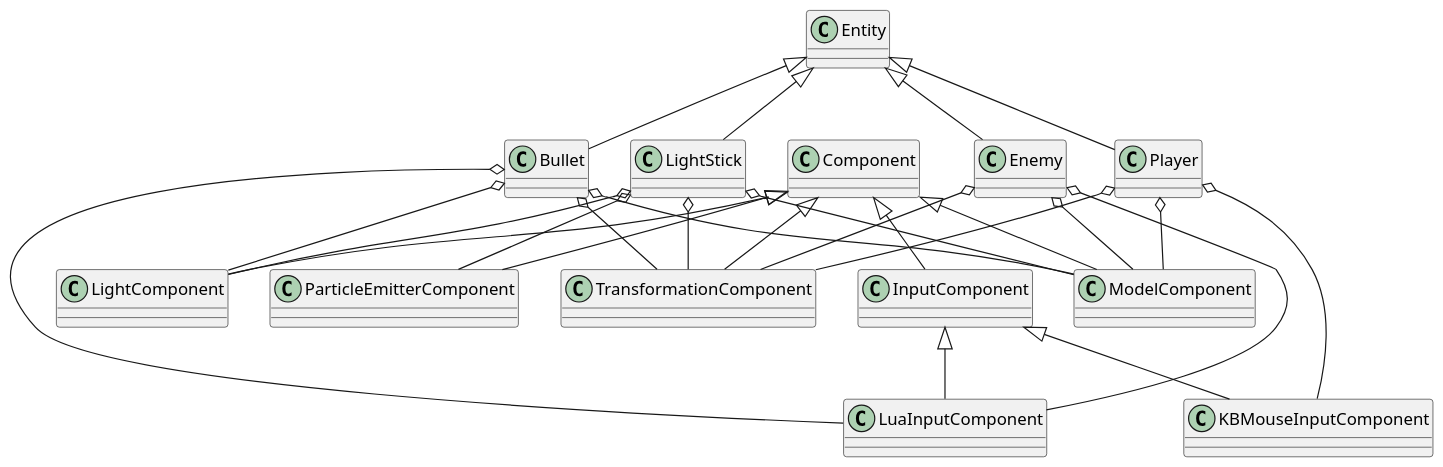
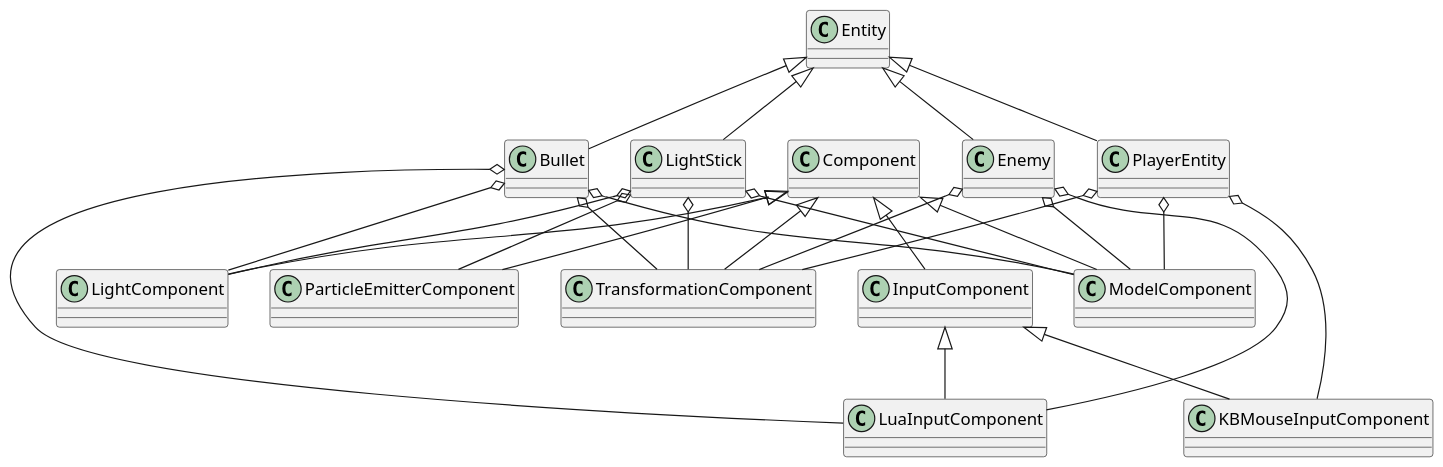
Before and after one commit to Vild/TrigonOverthrow: the diagram in docs/EntityMap.org, drawn with PlantUML. The commit also changed other lines of this file and 32 other files, not shown here.

```diff
--- a/docs/EntityMap.org
+++ b/docs/EntityMap.org
@@ -1,42 +1,42 @@
 #+begin_src plantuml :file EntityMap.png
 scale 1.2
 class Component
 class TransformationComponent extends Component
 
 class ModelComponent extends Component
 
 class InputComponent extends Component
 class KBMouseInputComponent extends InputComponent
 class LuaInputComponent extends InputComponent
 
 class LightComponent extends Component
 
 class ParticleEmitterComponent extends Component
 
 class Entity
-class Player extends Entity
-Player o-- TransformationComponent
-Player o-- KBMouseInputComponent
-Player o-- ModelComponent
+class PlayerEntity extends Entity
+PlayerEntity o-- TransformationComponent
+PlayerEntity o-- KBMouseInputComponent
+PlayerEntity o-- ModelComponent
 
 class Enemy extends Entity
 Enemy o-- TransformationComponent
 Enemy o-- LuaInputComponent
 Enemy o-- ModelComponent
 
 
 class Bullet extends Entity
 Bullet o-- TransformationComponent
 Bullet o-- LuaInputComponent
 Bullet o-- ModelComponent
 Bullet o-- LightComponent
 
 
 class LightStick extends Entity
 LightStick o-- TransformationComponent
 LightStick o-- ModelComponent
 LightStick o-- ParticleEmitterComponent
 LightStick o-- LightComponent
 
 
 #+end_src
```
